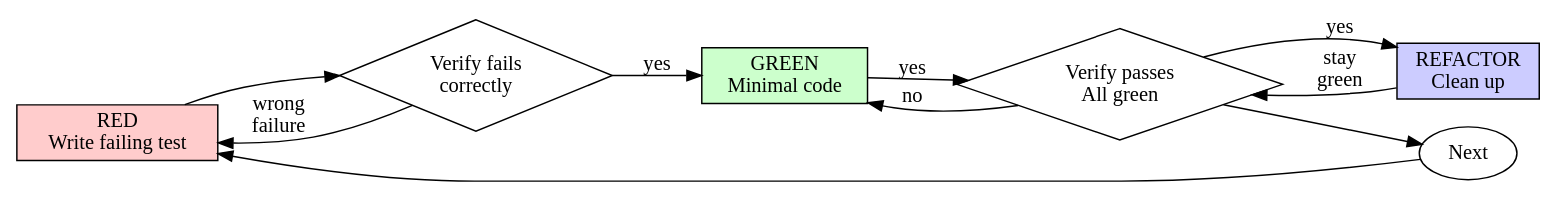
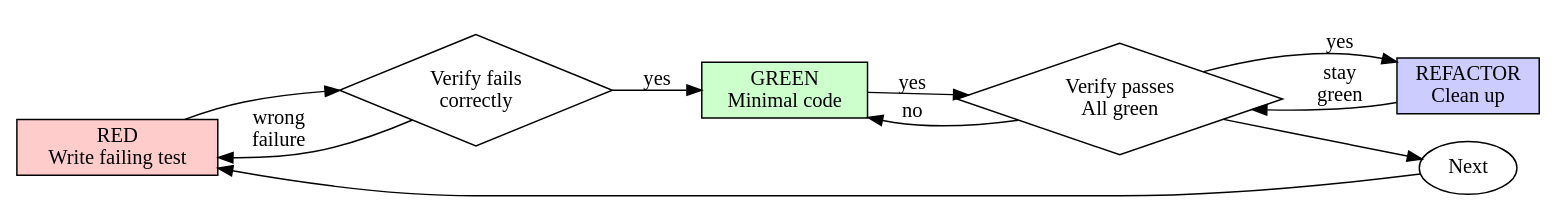
The diagram in skills/test-driven-development/SKILL.md (chris-han/livingware-engineer), drawn with Graphviz before and after one commit. The commit also changed other lines of this file, not shown here.

````diff
--- a/skills/test-driven-development/SKILL.md
+++ b/skills/test-driven-development/SKILL.md
@@ -53,21 +53,22 @@
 ```dot
 digraph tdd_cycle {
     rankdir=LR;
     red [label="RED\nWrite failing test", shape=box, style=filled, fillcolor="#ffcccc"];
     verify_red [label="Verify fails\ncorrectly", shape=diamond];
     green [label="GREEN\nMinimal code", shape=box, style=filled, fillcolor="#ccffcc"];
     verify_green [label="Verify passes\nAll green", shape=diamond];
     refactor [label="REFACTOR\nClean up", shape=box, style=filled, fillcolor="#ccccff"];
     next [label="Next", shape=ellipse];
 
     red -> verify_red;
     verify_red -> green [label="yes"];
     verify_red -> red [label="wrong\nfailure"];
     green -> verify_green [label="yes"];
     verify_green -> green [label="no"];
+    verify_green -> verify_green [style=invis];
     verify_green -> refactor [label="yes"];
     refactor -> verify_green [label="stay\ngreen"];
     verify_green -> next;
     next -> red;
 }
 ```
````
